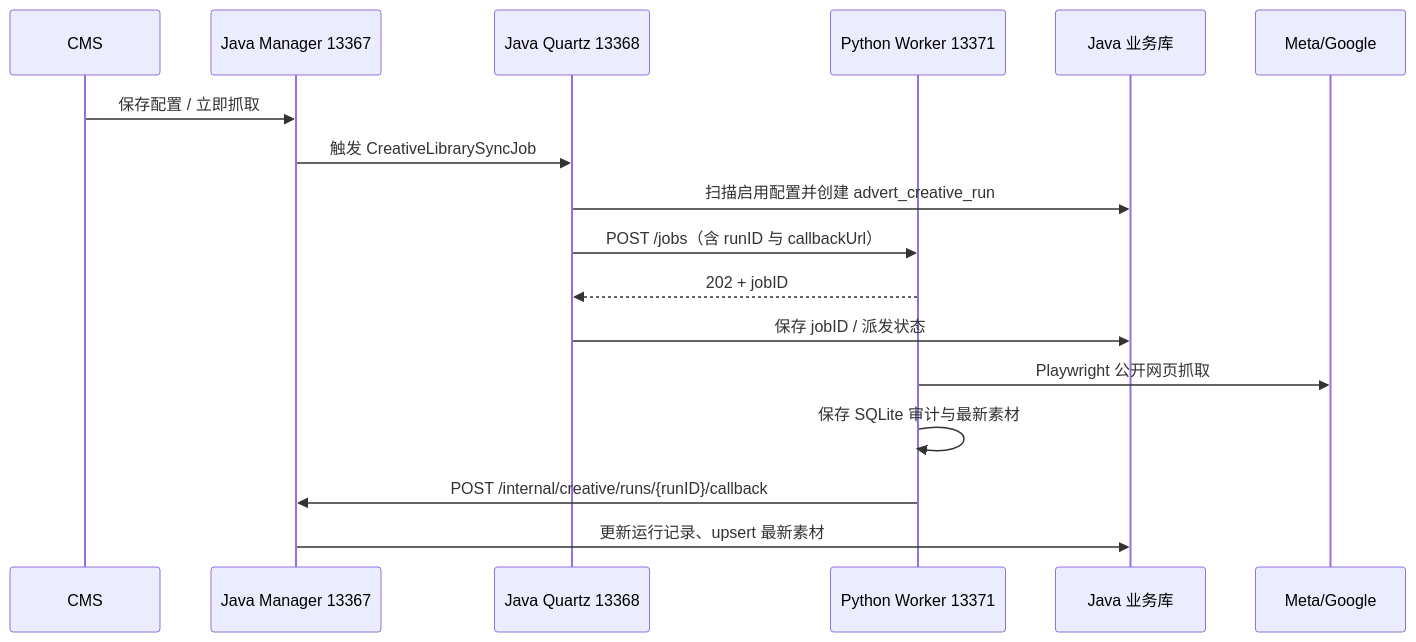
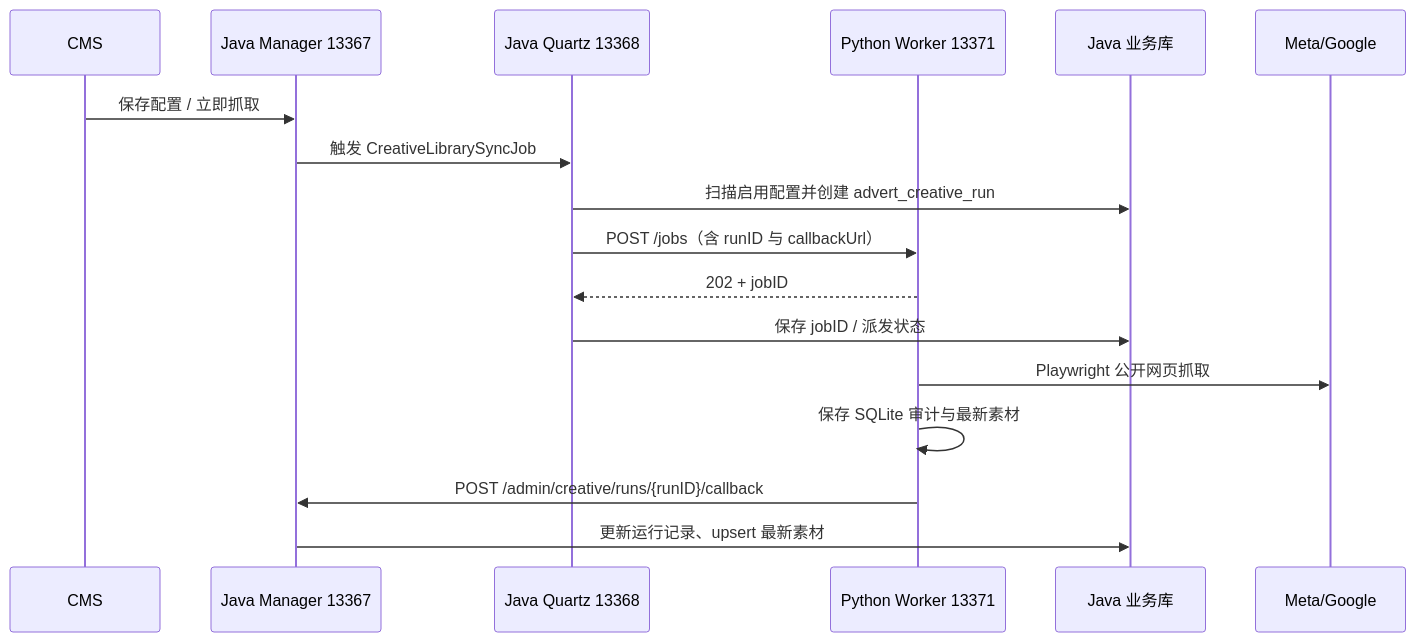
Before and after one commit to xianjiandada/id-game-distribution-python-workers: the diagram in docs/架构设计.md, drawn with Mermaid. The commit also changed other lines of this file and 23 other files, not shown here.

````diff
--- a/docs/架构设计.md
+++ b/docs/架构设计.md
@@ -13,19 +13,19 @@
 ```mermaid
 sequenceDiagram
     participant C as CMS
     participant M as Java Manager 13367
     participant Q as Java Quartz 13368
     participant P as Python Worker 13371
     participant D as Java 业务库
     participant S as Meta/Google
     C->>M: 保存配置 / 立即抓取
     M->>Q: 触发 CreativeLibrarySyncJob
     Q->>D: 扫描启用配置并创建 advert_creative_run
     Q->>P: POST /jobs（含 runID 与 callbackUrl）
     P-->>Q: 202 + jobID
     Q->>D: 保存 jobID / 派发状态
     P->>S: Playwright 公开网页抓取
     P->>P: 保存 SQLite 审计与最新素材
-    P->>M: POST /internal/creative/runs/{runID}/callback
+    P->>M: POST /admin/creative/runs/{runID}/callback
     M->>D: 更新运行记录、upsert 最新素材
 ```
````
